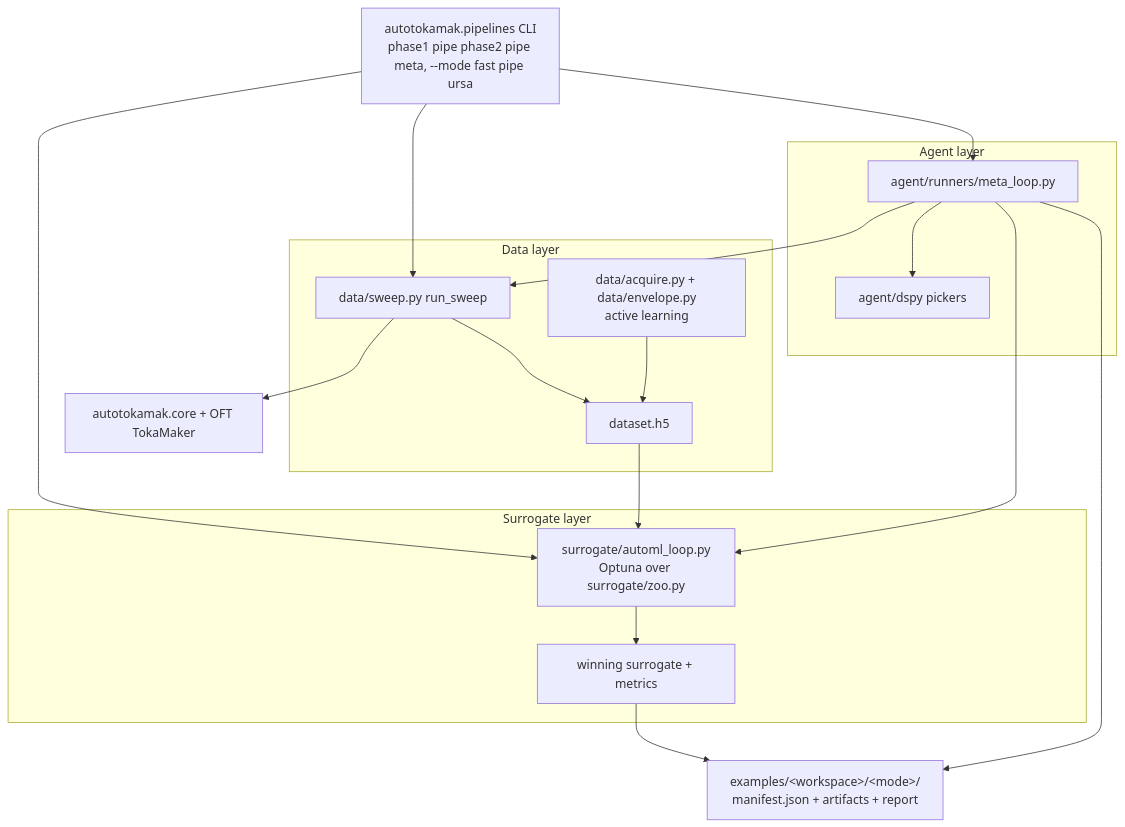
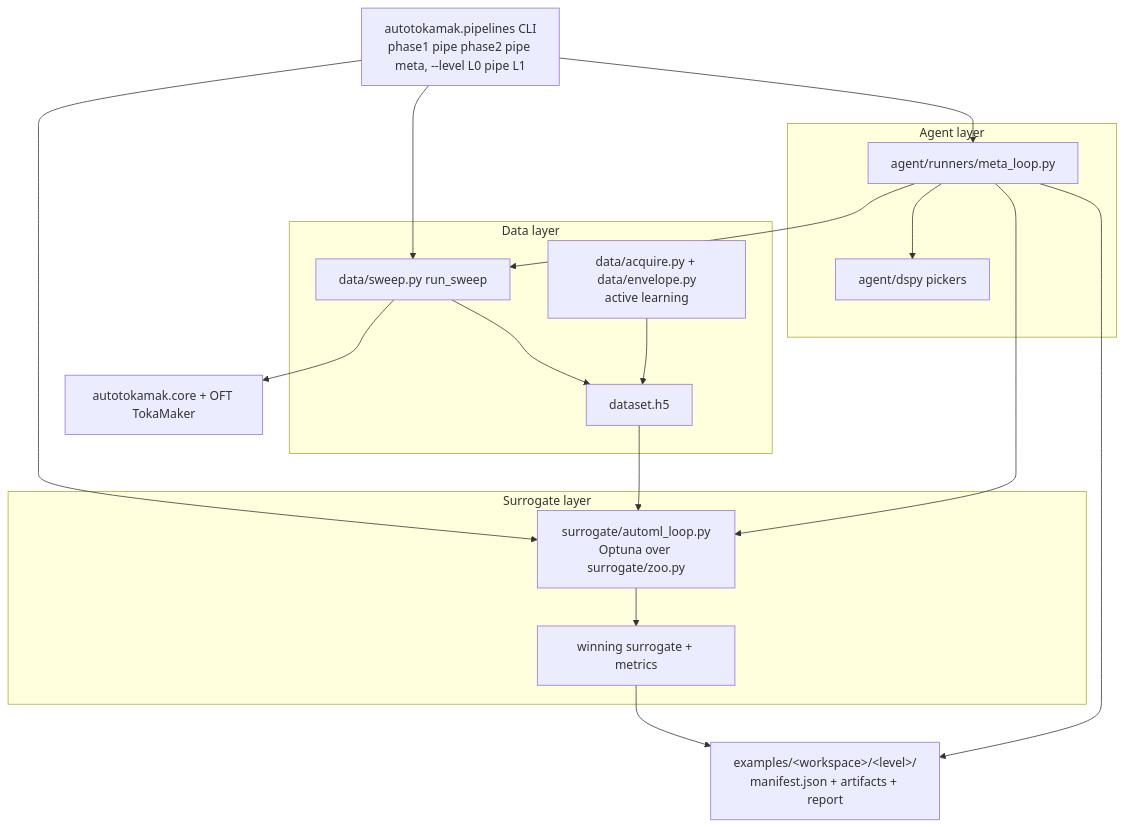
The diagram in docs/architecture.md (hindyros/autotokamak), drawn with Mermaid before and after one commit. The commit also changed other lines of this file and 19 other files, not shown here.

````diff
--- a/docs/architecture.md
+++ b/docs/architecture.md
@@ -33,37 +34,37 @@
 ```mermaid
 flowchart TD
-  cli[autotokamak.pipelines CLI<br/>phase1 pipe phase2 pipe meta, --mode fast pipe ursa]
+  cli[autotokamak.pipelines CLI<br/>phase1 pipe phase2 pipe meta, --level L0 pipe L1]
 
   subgraph dataLayer [Data layer]
     sweep[data/sweep.py run_sweep]
     acquire[data/acquire.py + data/envelope.py<br/>active learning]
     dataset[dataset.h5]
   end
 
   subgraph surrogateLayer [Surrogate layer]
     automl[surrogate/automl_loop.py<br/>Optuna over surrogate/zoo.py]
     winner[winning surrogate + metrics]
   end
 
   subgraph agentLayer [Agent layer]
     meta[agent/runners/meta_loop.py]
     dspy[agent/dspy pickers]
   end
 
   core[autotokamak.core + OFT TokaMaker]
-  examples[examples/&lt;workspace&gt;/&lt;mode&gt;/<br/>manifest.json + artifacts + report]
+  examples[examples/&lt;workspace&gt;/&lt;level&gt;/<br/>manifest.json + artifacts + report]
 
   cli --> sweep
   cli --> automl
   cli --> meta
   sweep --> core
   sweep --> dataset
   acquire --> dataset
   dataset --> automl
   automl --> winner
   meta --> dspy
   meta --> sweep
   meta --> automl
   winner --> examples
   meta --> examples
 ```
````
